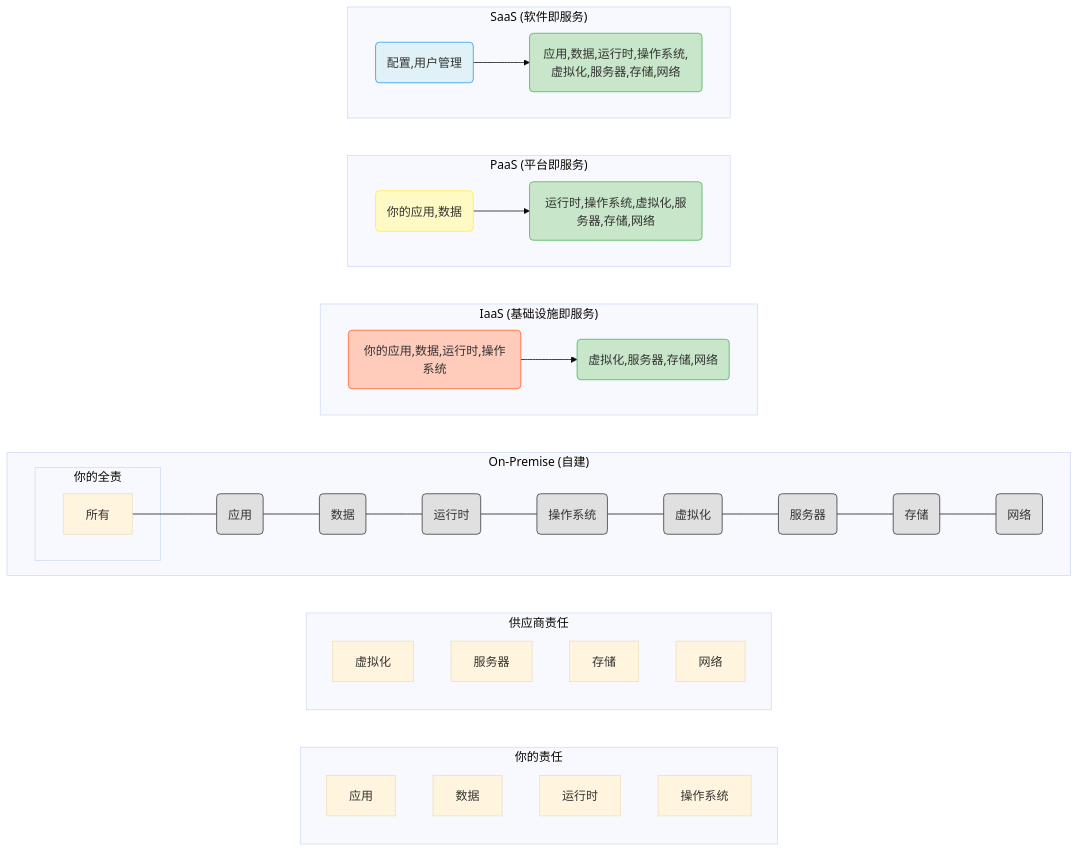
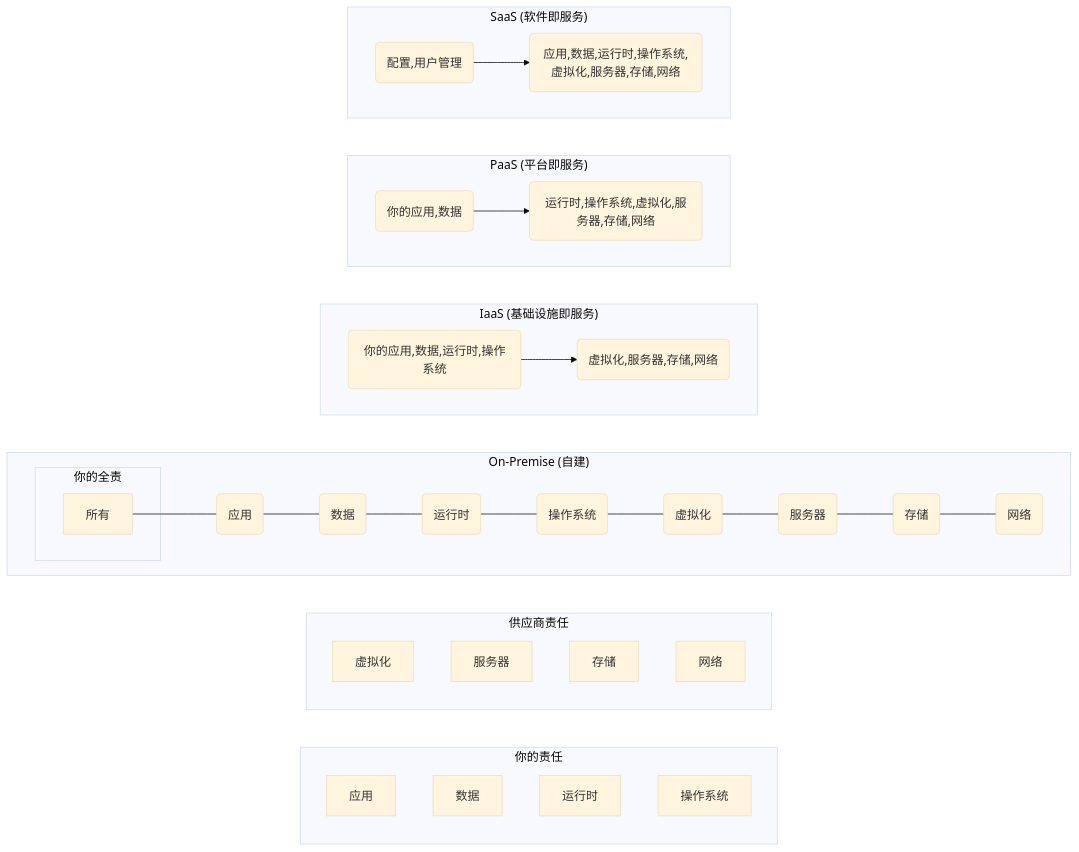
The diagram in source/_posts/2025/2025-08-05_云服务模型详解：SaaS、PaaS、IaaS、BaaS、FaaS.md (teatang/t-blog), drawn with Mermaid (base theme) before and after one commit. The commit also changed 24 other files, not shown here.

```diff
--- a/source/_posts/2025/2025-08-05_云服务模型详解：SaaS、PaaS、IaaS、BaaS、FaaS.md
+++ b/source/_posts/2025/2025-08-05_云服务模型详解：SaaS、PaaS、IaaS、BaaS、FaaS.md
@@ -28,53 +28,39 @@
 {% mermaid %}
 graph LR
     subgraph 你的责任
         A[应用]
         B[数据]
         C[运行时]
         D[操作系统]
     end
     subgraph 供应商责任
         E[虚拟化]
         F[服务器]
         G[存储]
         H[网络]
     end
 
     subgraph "On-Premise (自建)"
         direction LR
         OP_App(应用) --- OP_Data(数据) --- OP_Runtime(运行时) --- OP_OS(操作系统) --- OP_Virtual(虚拟化) --- OP_Servers(服务器) --- OP_Storage(存储) --- OP_Network(网络)
-        style OP_App fill:#E0E0E0,stroke:#333
-        style OP_Data fill:#E0E0E0,stroke:#333
-        style OP_Runtime fill:#E0E0E0,stroke:#333
-        style OP_OS fill:#E0E0E0,stroke:#333
-        style OP_Virtual fill:#E0E0E0,stroke:#333
-        style OP_Servers fill:#E0E0E0,stroke:#333
-        style OP_Storage fill:#E0E0E0,stroke:#333
-        style OP_Network fill:#E0E0E0,stroke:#333
         subgraph 你的全责
             OP_All[所有]
         end
         OP_All --- OP_App
     end
 
     subgraph "IaaS (基础设施即服务)"
         direction LR
         IaaS_User(你的应用,数据,运行时,操作系统) --> IaaS_Vendor(虚拟化,服务器,存储,网络)
-        style IaaS_User fill:#FFCCBC,stroke:#FF5722
-        style IaaS_Vendor fill:#C8E6C9,stroke:#4CAF50
     end
 
     subgraph "PaaS (平台即服务)"
         direction LR
         PaaS_User(你的应用,数据) --> PaaS_Vendor(运行时,操作系统,虚拟化,服务器,存储,网络)
-        style PaaS_User fill:#FFF9C4,stroke:#FFEB3B
-        style PaaS_Vendor fill:#C8E6C9,stroke:#4CAF50
     end
 
     subgraph "SaaS (软件即服务)"
         direction LR
         SaaS_User(配置,用户管理) --> SaaS_Vendor(应用,数据,运行时,操作系统,虚拟化,服务器,存储,网络)
-        style SaaS_User fill:#E0F2F7,stroke:#2196F3
-        style SaaS_Vendor fill:#C8E6C9,stroke:#4CAF50
     end
 {% endmermaid %}
```
